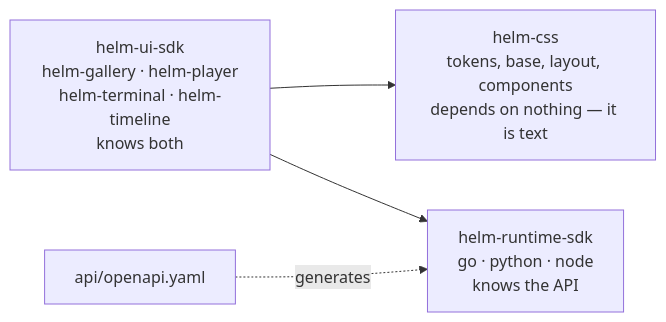
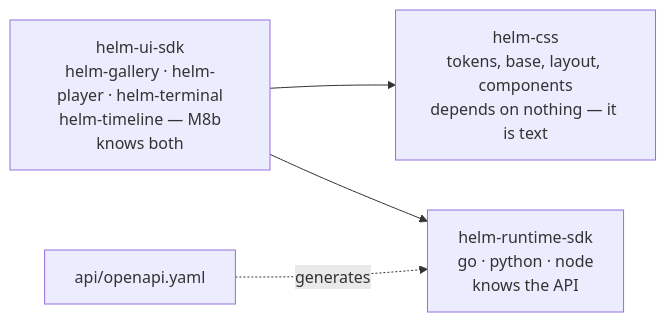
The second of 9 diagrams in docs/helm/framework.md (janishar/helmstudio), drawn with Mermaid before and after one commit. The commit also changed other lines of this file, not shown here.

````diff
--- a/docs/helm/framework.md
+++ b/docs/helm/framework.md
@@ -182,10 +184,10 @@
 ``` mermaid
 flowchart LR
     css["helm-css<br/>tokens, base, layout, components<br/>depends on nothing — it is text"]
     rt["helm-runtime-sdk<br/>go · python · node<br/>knows the API"]
-    ui["helm-ui-sdk<br/>helm-gallery · helm-player<br/>helm-terminal · helm-timeline<br/>knows both"]
+    ui["helm-ui-sdk<br/>helm-gallery · helm-player · helm-terminal<br/>helm-timeline — M8b<br/>knows both"]
 
     api["api/openapi.yaml"] -.->|"generates"| rt
     ui --> css
     ui --> rt
 ```
````
